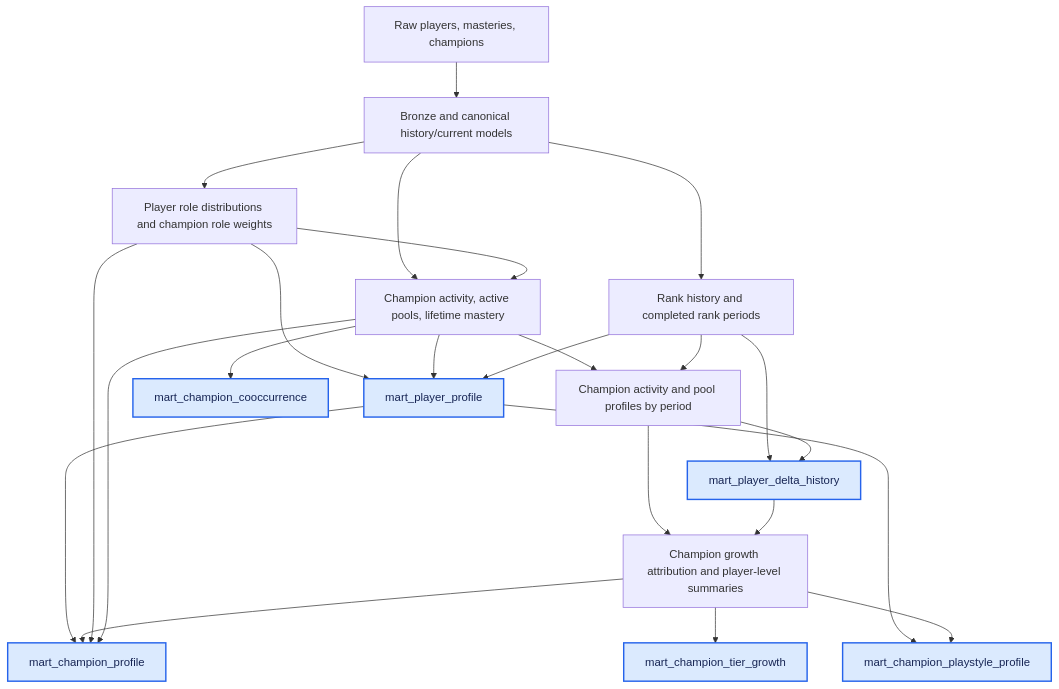
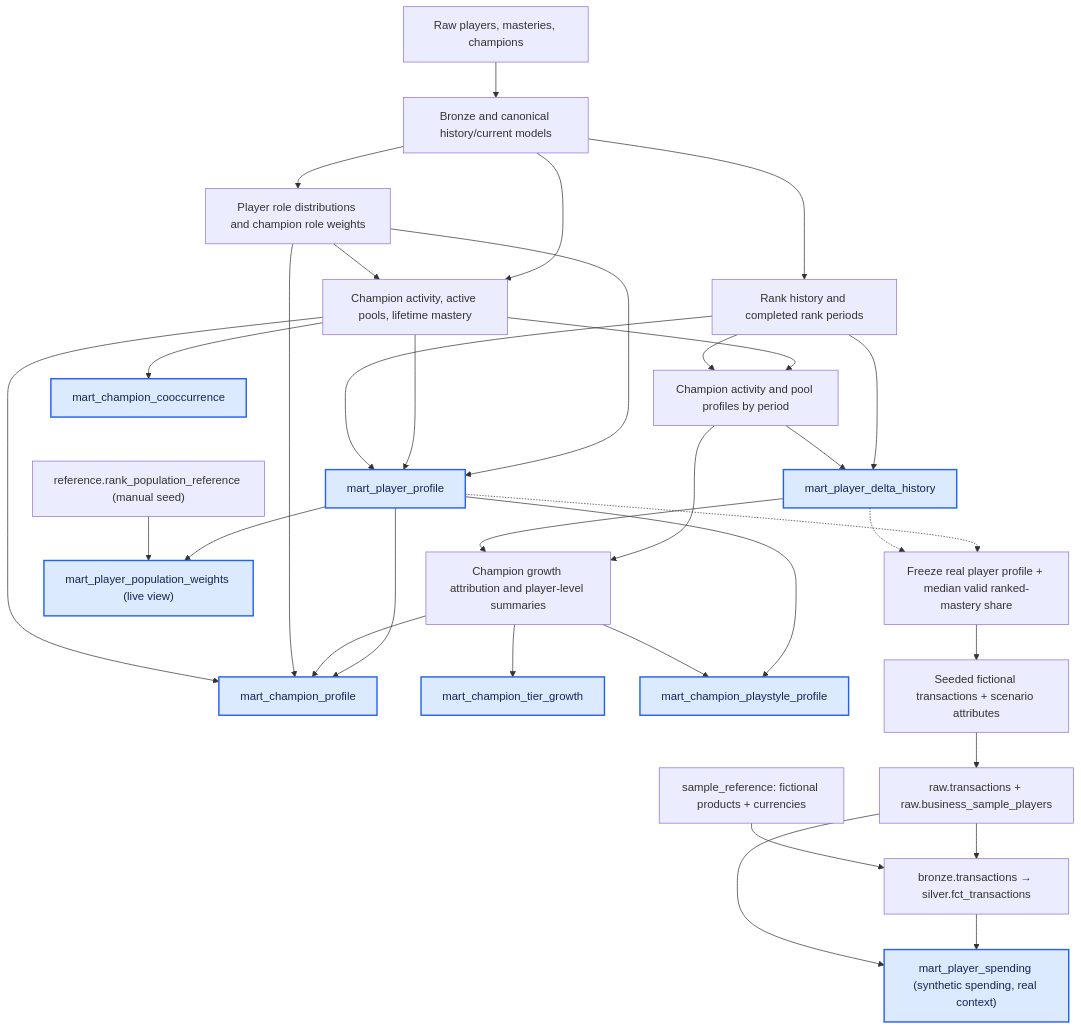
One commit to Pedro-Iaki/league-specialization-etl changed the first of 2 diagrams in league_pipeline/docs/model_reference.md. Above: the diagram before and after it, drawn with Mermaid. The commit also changed other lines of this file and 81 other files, not shown here.

````diff
--- a/league_pipeline/docs/model_reference.md
+++ b/league_pipeline/docs/model_reference.md
@@ -27,44 +29,61 @@
 ```mermaid
     flowchart TD
     Sources["Raw players, masteries, champions"]
     State["Bronze and canonical history/current models"]
     Roles["Player role distributions and champion role weights"]
     Activity["Champion activity, active pools, lifetime mastery"]
     Periods["Rank history and completed rank periods"]
     PeriodPools["Champion activity and pool profiles by period"]
     Growth["Champion growth attribution and player-level summaries"]
 
     Sources --> State
     State --> Roles
     State --> Activity
     State --> Periods
     Roles --> Activity
     Activity --> PeriodPools
     Periods --> PeriodPools
 
     Player["mart_player_profile"]
+    PopulationReference["reference.rank_population_reference (manual seed)"]
+    PopulationWeights["mart_player_population_weights (live view)"]
     Delta["mart_player_delta_history"]
     Champion["mart_champion_profile"]
     Tier["mart_champion_tier_growth"]
     Playstyle["mart_champion_playstyle_profile"]
     Cooccurrence["mart_champion_cooccurrence"]
 
     Roles --> Player
     Activity --> Player
     Periods --> Player
+    Player --> PopulationWeights
+    PopulationReference --> PopulationWeights
     Periods --> Delta
     PeriodPools --> Delta
     PeriodPools --> Growth
     Delta --> Growth
     Player --> Champion
     Player --> Playstyle
     Growth --> Champion
     Growth --> Tier
     Growth --> Playstyle
     Roles --> Champion
     Activity --> Champion
     Activity --> Cooccurrence
 
+    Frozen["Freeze real player profile + median valid ranked-mastery share"]
+    Synthetic["Seeded fictional transactions + scenario attributes"]
+    SampleRaw["raw.transactions + raw.business_sample_players"]
+    References["sample_reference: fictional products + currencies"]
+    SampleFact["bronze.transactions → silver.fct_transactions"]
+    Spending["mart_player_spending (synthetic spending, real context)"]
+    Player -.-> Frozen
+    Delta -.-> Frozen
+    Frozen --> Synthetic --> SampleRaw --> SampleFact --> Spending
+    References --> SampleFact
+    SampleRaw --> Spending
+
     classDef mart fill:#dbeafe,stroke:#2563eb,stroke-width:2px,color:#172554
-    class Player,Delta,Champion,Tier,Playstyle,Cooccurrence mart
+    class Player,PopulationWeights,Delta,Champion,Tier,Playstyle,Cooccurrence mart
+    class Spending mart
 ```
````
